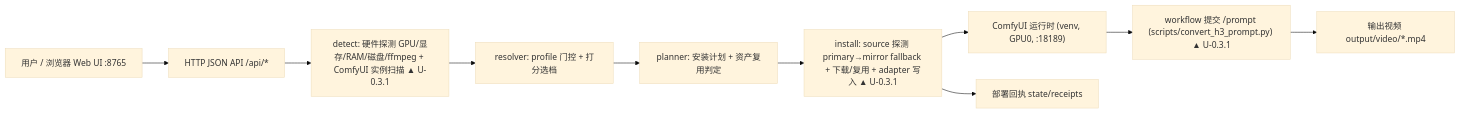
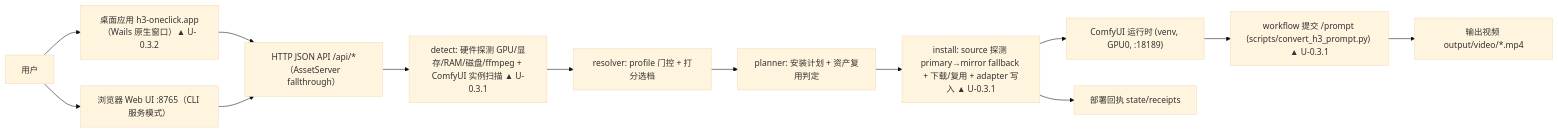
Before and after one commit to yoligehude14753/h3-oneclick: the diagram in docs/architecture-feature-ledger.mmd, drawn with Mermaid (base theme). The commit also changed 16 other files, not shown here.

First line of the commit message:
feat: Wails desktop GUI (control deck) + bj heyi 验收记录

```diff
--- a/docs/architecture-feature-ledger.mmd
+++ b/docs/architecture-feature-ledger.mmd
@@ -1,10 +1,13 @@
 flowchart LR
-  User["用户 / 浏览器 Web UI :8765"] --> API["HTTP JSON API /api/*"]
+  User["用户"] --> GUI["桌面应用 h3-oneclick.app（Wails 原生窗口）▲ U-0.3.2"]
+  User --> WebUI["浏览器 Web UI :8765（CLI 服务模式）"]
+  GUI --> API["HTTP JSON API /api/*（AssetServer fallthrough）"]
+  WebUI --> API
   API --> Scan["detect: 硬件探测 GPU/显存/RAM/磁盘/ffmpeg + ComfyUI 实例扫描 ▲ U-0.3.1"]
   Scan --> Resolve["resolver: profile 门控 + 打分选档"]
   Resolve --> Plan["planner: 安装计划 + 资产复用判定"]
   Plan --> Install["install: source 探测 primary→mirror fallback + 下载/复用 + adapter 写入 ▲ U-0.3.1"]
   Install --> Comfy["ComfyUI 运行时 (venv, GPU0, :18189)"]
   Install --> Receipt["部署回执 state/receipts"]
   Comfy --> Submit["workflow 提交 /prompt (scripts/convert_h3_prompt.py) ▲ U-0.3.1"]
   Submit --> Video["输出视频 output/video/*.mp4"]
```
